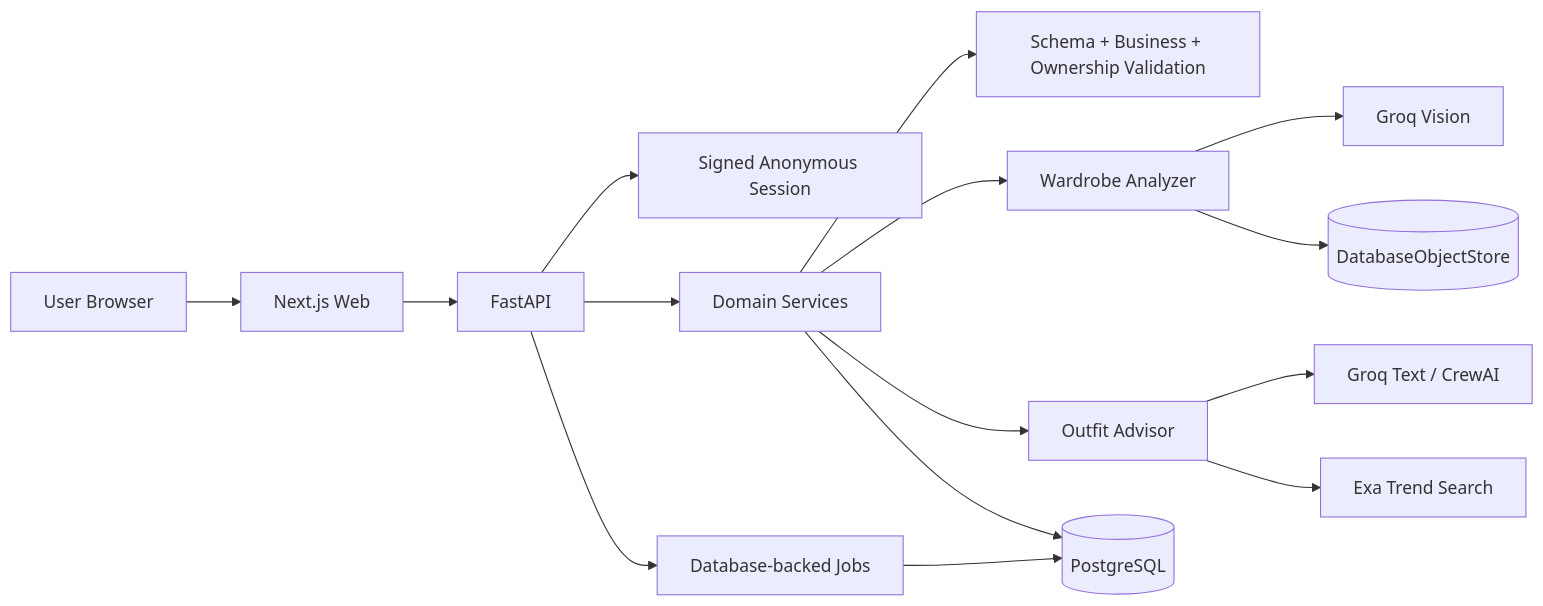
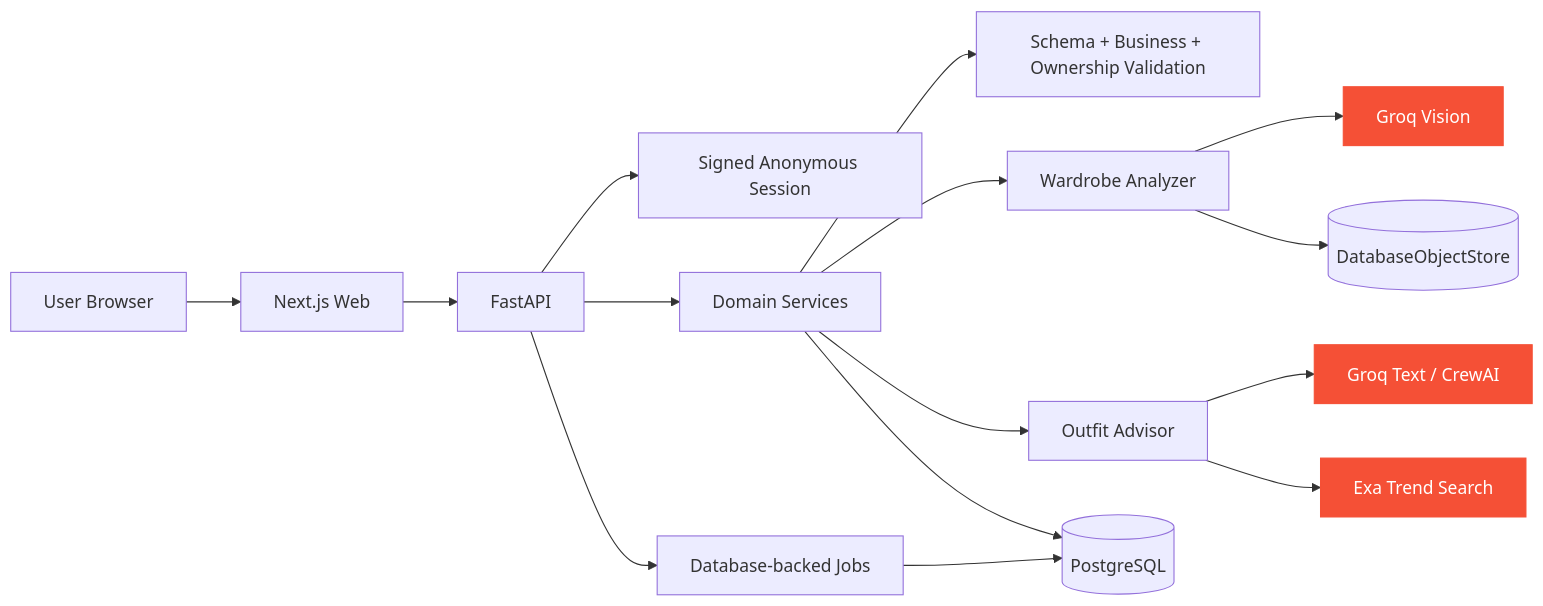
One commit to theShivansh/StyleLab changed the sixth of 7 diagrams in README.md. Above: the diagram before and after it, drawn with Mermaid. The commit also changed other lines of this file, not shown here.

````diff
--- a/README.md
+++ b/README.md
@@ -527,50 +400,24 @@
 ```mermaid
 flowchart LR
+    USER["User Browser"] --> WEB["Next.js Web"]
+    WEB --> API["FastAPI"]
 
-    USER["User Browser"]
+    API --> SESSION["Signed Anonymous Session"]
+    API --> DOMAIN["Domain Services"]
+    API --> JOBS["Database-backed Jobs"]
 
-    WEB["Next.js Web"]
+    DOMAIN --> VALIDATION["Schema + Business + Ownership Validation"]
+    DOMAIN --> ANALYZER["Wardrobe Analyzer"]
+    DOMAIN --> ADVISOR["Outfit Advisor"]
 
-    API["FastAPI"]
+    ANALYZER --> GROQV["Groq Vision"]
+    ADVISOR --> GROQT["Groq Text / CrewAI"]
+    ADVISOR --> EXA["Exa Trend Search"]
 
-    SESSION["Signed Anonymous Session"]
+    DOMAIN --> DB[("PostgreSQL")]
+    JOBS --> DB
+    ANALYZER --> STORE[("DatabaseObjectStore")]
 
-    DOMAIN["Domain Services"]
-
-    JOBS["Database-backed Jobs"]
-
-    VALIDATION["Schema + Business + Ownership Validation"]
-
-    ANALYZER["Wardrobe Analyzer"]
-
-    ADVISOR["Outfit Advisor"]
-
-    GROQV["Groq Vision"]
-
-    GROQT["Groq Text / CrewAI"]
-
-    EXA["Exa Trend Search"]
-
-    DB[("PostgreSQL")]
-
-    STORE[("DatabaseObjectStore")]
-
-    USER --> WEB
-    WEB --> API
-
-    API --> SESSION
-    API --> DOMAIN
-    API --> JOBS
-
-    DOMAIN --> VALIDATION
-    DOMAIN --> ANALYZER
-    DOMAIN --> ADVISOR
-
-    ANALYZER --> GROQV
-    ADVISOR --> GROQT
-    ADVISOR --> EXA
-
-    DOMAIN --> DB
-    JOBS --> DB
-    ANALYZER --> STORE
+    classDef ai fill:#f55036,stroke:#f55036,color:#fff;
+    class GROQV,GROQT,EXA ai;
 ```
````
